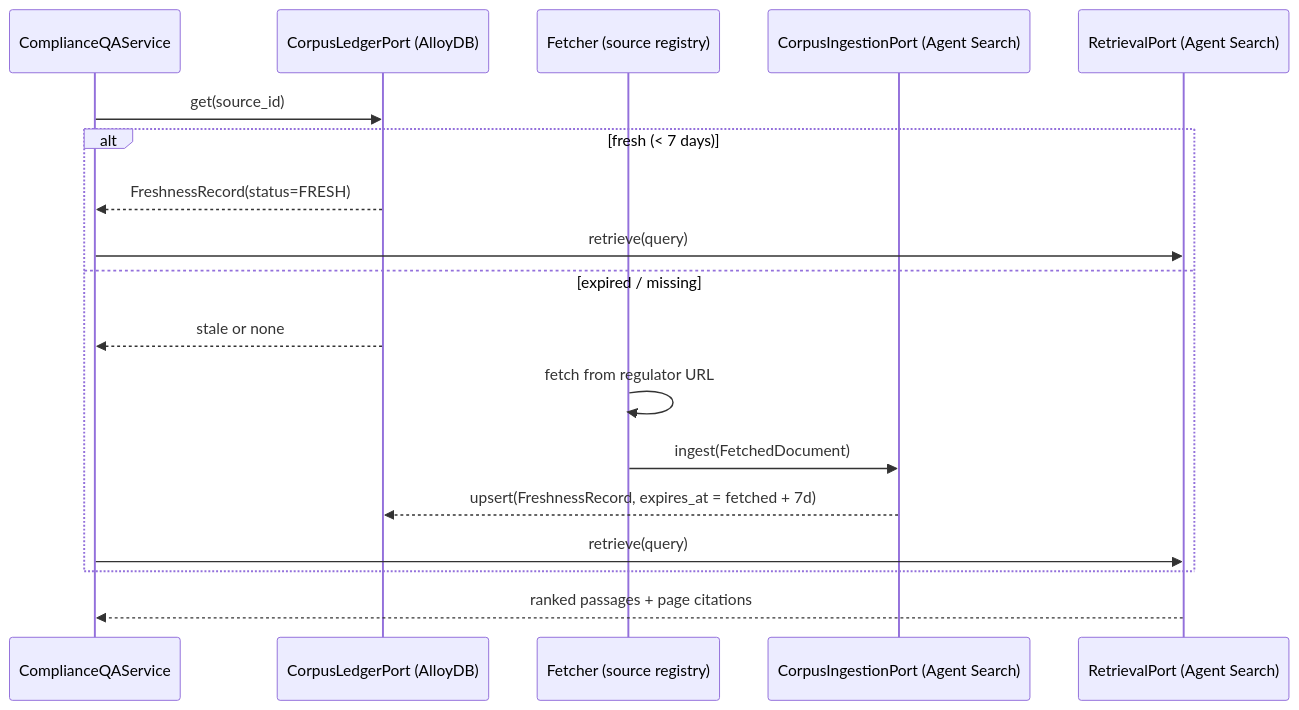
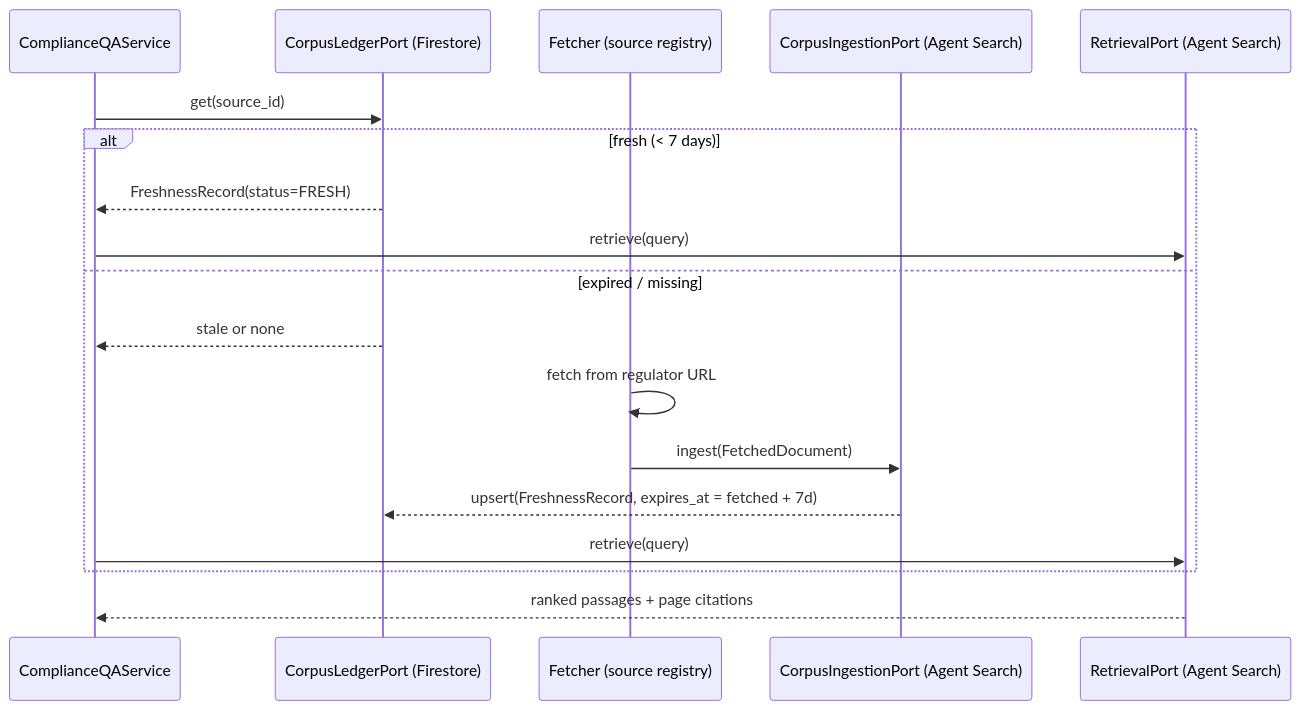
The second of 3 diagrams in README.md (portable-genai/compliance-advisory), drawn with Mermaid before and after one commit. The commit also changed other lines of this file and 56 other files, not shown here.

````diff
--- a/README.md
+++ b/README.md
@@ -311,21 +311,21 @@
 ```mermaid
 sequenceDiagram
     participant Q as ComplianceQAService
-    participant L as CorpusLedgerPort (AlloyDB)
+    participant L as CorpusLedgerPort (Firestore)
     participant F as Fetcher (source registry)
     participant I as CorpusIngestionPort (Agent Search)
     participant R as RetrievalPort (Agent Search)
 
     Q->>L: get(source_id)
     alt fresh (< 7 days)
         L-->>Q: FreshnessRecord(status=FRESH)
         Q->>R: retrieve(query)
     else expired / missing
         L-->>Q: stale or none
         F->>F: fetch from regulator URL
         F->>I: ingest(FetchedDocument)
         I-->>L: upsert(FreshnessRecord, expires_at = fetched + 7d)
         Q->>R: retrieve(query)
     end
     R-->>Q: ranked passages + page citations
 ```
````
